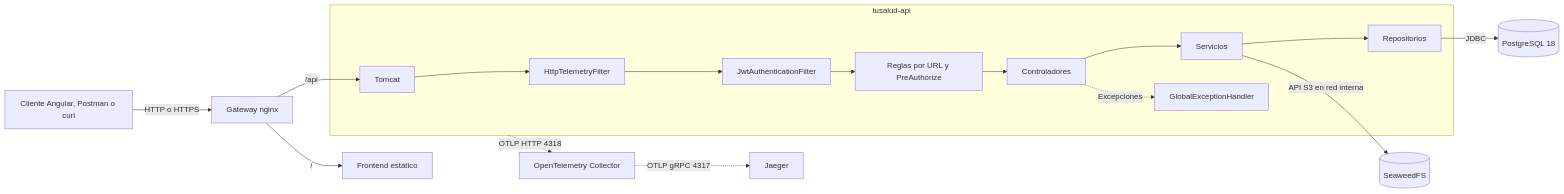
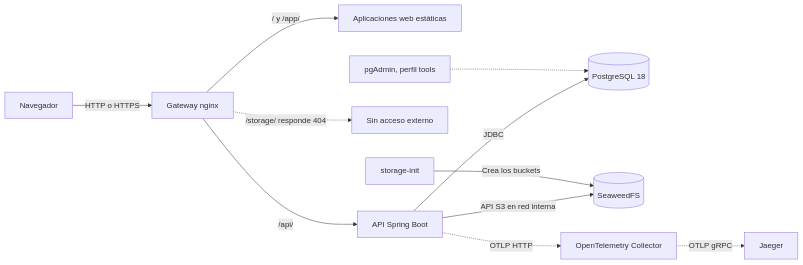
One commit to jhonsferg/tusalud changed the second of 38 diagrams in README.md. Above: the diagram before and after it, drawn with Mermaid. The commit also changed other lines of this file and 7 other files, not shown here.

````diff
--- a/README.md
+++ b/README.md
@@ -482,19 +387,13 @@
 ```mermaid
 flowchart LR
-    Cliente[Cliente Angular, Postman o curl] -->|HTTP o HTTPS| Gateway[Gateway nginx]
-    Gateway -->|/| Web[Frontend estático]
-    Gateway -->|/api| Tomcat
-    subgraph API[tusalud-api]
-        Tomcat --> Telemetria[HttpTelemetryFilter]
-        Telemetria --> JWT[JwtAuthenticationFilter]
-        JWT --> Autorizacion[Reglas por URL y PreAuthorize]
-        Autorizacion --> Controladores
-        Controladores --> Servicios
-        Servicios --> Repositorios
-        Controladores -.->|Excepciones| Errores[GlobalExceptionHandler]
-    end
-    Repositorios -->|JDBC| PostgreSQL[(PostgreSQL 18)]
-    Servicios -->|API S3 en red interna| Almacen[(SeaweedFS)]
-    API -.->|OTLP HTTP 4318| Collector[OpenTelemetry Collector]
-    Collector -.->|OTLP gRPC 4317| Jaeger
+    Navegador[Navegador] -->|HTTP o HTTPS| Gateway[Gateway nginx]
+    Gateway -->|/ y /app/| Web[Aplicaciones web estáticas]
+    Gateway -->|/api/| API[API Spring Boot]
+    Gateway -.->|/storage/ responde 404| Bloqueado[Sin acceso externo]
+    API -->|JDBC| BD[(PostgreSQL 18)]
+    API -->|API S3 en red interna| Almacen[(SeaweedFS)]
+    Init[storage-init] -->|Crea los buckets| Almacen
+    API -.->|OTLP HTTP| Collector[OpenTelemetry Collector]
+    Collector -.->|OTLP gRPC| Jaeger[Jaeger]
+    PgAdmin[pgAdmin, perfil tools] -.-> BD
 ```
````
